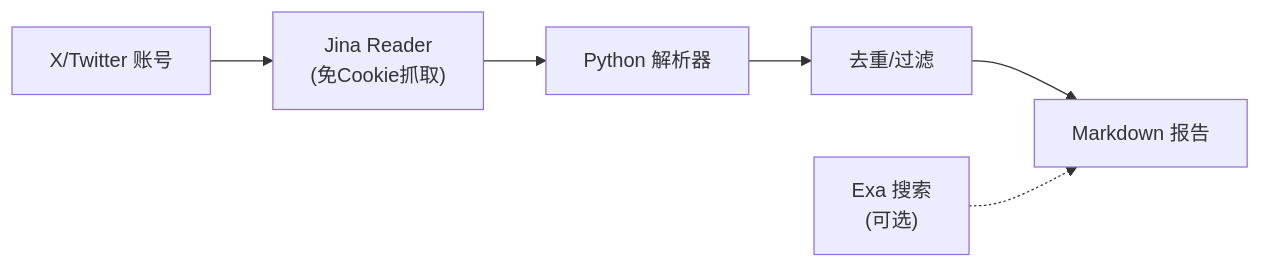
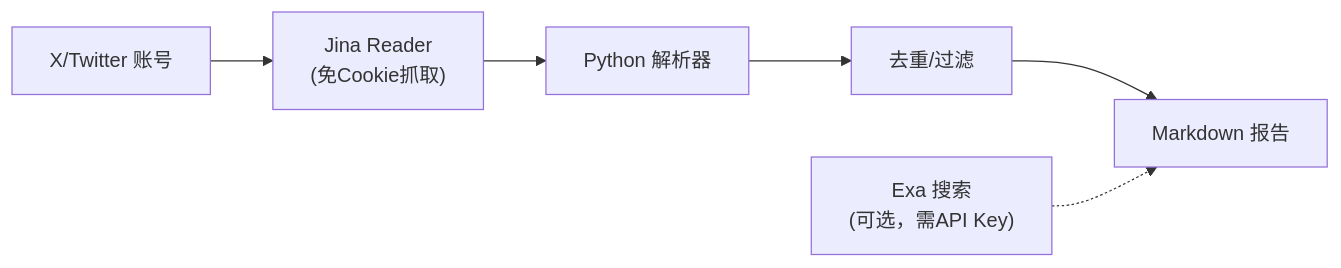
One commit to Kellen223/x-ai-monitor changed the diagram in SKILL.md. Above: the diagram before and after it, drawn with Mermaid. The commit also changed other lines of this file and 7 other files, not shown here.

````diff
--- a/SKILL.md
+++ b/SKILL.md
@@ -20,8 +20,8 @@
 ```mermaid
 graph LR
     A["X/Twitter 账号"] --> B["Jina Reader<br/>(免Cookie抓取)"]
     B --> C["Python 解析器"]
     C --> D["去重/过滤"]
     D --> E["Markdown 报告"]
-    F["Exa 搜索<br/>(可选)"] -.-> E
+    F["Exa 搜索<br/>(可选，需API Key)"] -.-> E
 ```
````
